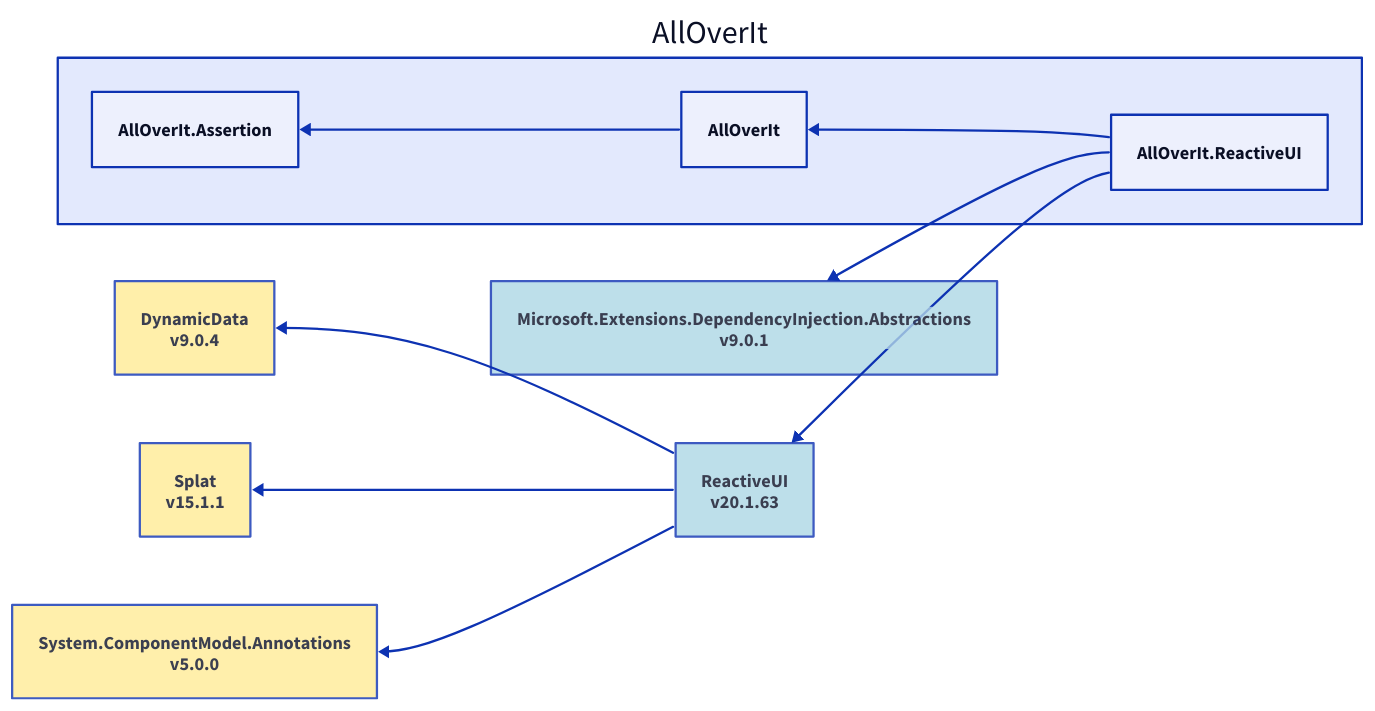
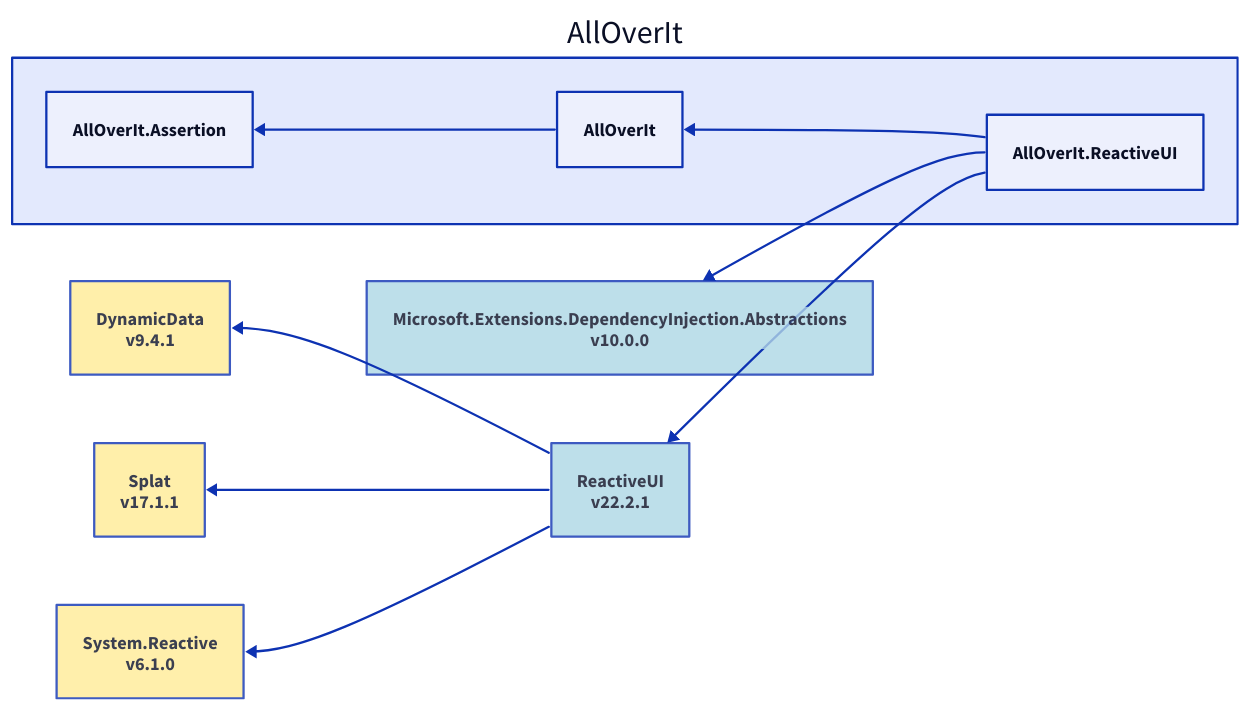
One commit to mjfreelancing/AllOverIt changed the diagram in Docs/Reference/Content/images/dependencies/net9.0/alloverit-reactiveui.d2. Above: the diagram before and after it, drawn with D2. The commit also changed 163 other files, not shown here.

```diff
--- a/Docs/Reference/Content/images/dependencies/net9.0/alloverit-reactiveui.d2
+++ b/Docs/Reference/Content/images/dependencies/net9.0/alloverit-reactiveui.d2
@@ -1,28 +1,28 @@
 direction: left
 
 aoi: AllOverIt
 aoi.alloverit-reactiveui: AllOverIt.ReactiveUI
-microsoft-extensions-dependencyinjection-abstractions_9-0-1: Microsoft.Extensions.DependencyInjection.Abstractions\nv9.0.1
-microsoft-extensions-dependencyinjection-abstractions_9-0-1.style.fill: "#ADD8E6"
-microsoft-extensions-dependencyinjection-abstractions_9-0-1.style.opacity: 0.8
-microsoft-extensions-dependencyinjection-abstractions_9-0-1 <- aoi.alloverit-reactiveui
-reactiveui_20-1-63: ReactiveUI\nv20.1.63
-reactiveui_20-1-63.style.fill: "#ADD8E6"
-reactiveui_20-1-63.style.opacity: 0.8
-dynamicdata_9-0-4: DynamicData\nv9.0.4
-dynamicdata_9-0-4.style.fill: "#FFEC96"
-dynamicdata_9-0-4.style.opacity: 0.8
-dynamicdata_9-0-4 <- reactiveui_20-1-63
-splat_15-1-1: Splat\nv15.1.1
-splat_15-1-1.style.fill: "#FFEC96"
-splat_15-1-1.style.opacity: 0.8
-splat_15-1-1 <- reactiveui_20-1-63
-system-componentmodel-annotations_5-0-0: System.ComponentModel.Annotations\nv5.0.0
-system-componentmodel-annotations_5-0-0.style.fill: "#FFEC96"
-system-componentmodel-annotations_5-0-0.style.opacity: 0.8
-system-componentmodel-annotations_5-0-0 <- reactiveui_20-1-63
-reactiveui_20-1-63 <- aoi.alloverit-reactiveui
+microsoft-extensions-dependencyinjection-abstractions_10-0-0: Microsoft.Extensions.DependencyInjection.Abstractions\nv10.0.0
+microsoft-extensions-dependencyinjection-abstractions_10-0-0.style.fill: "#ADD8E6"
+microsoft-extensions-dependencyinjection-abstractions_10-0-0.style.opacity: 0.8
+microsoft-extensions-dependencyinjection-abstractions_10-0-0 <- aoi.alloverit-reactiveui
+reactiveui_22-2-1: ReactiveUI\nv22.2.1
+reactiveui_22-2-1.style.fill: "#ADD8E6"
+reactiveui_22-2-1.style.opacity: 0.8
+dynamicdata_9-4-1: DynamicData\nv9.4.1
+dynamicdata_9-4-1.style.fill: "#FFEC96"
+dynamicdata_9-4-1.style.opacity: 0.8
+dynamicdata_9-4-1 <- reactiveui_22-2-1
+splat_17-1-1: Splat\nv17.1.1
+splat_17-1-1.style.fill: "#FFEC96"
+splat_17-1-1.style.opacity: 0.8
+splat_17-1-1 <- reactiveui_22-2-1
+system-reactive_6-1-0: System.Reactive\nv6.1.0
+system-reactive_6-1-0.style.fill: "#FFEC96"
+system-reactive_6-1-0.style.opacity: 0.8
+system-reactive_6-1-0 <- reactiveui_22-2-1
+reactiveui_22-2-1 <- aoi.alloverit-reactiveui
 aoi.alloverit: AllOverIt
 aoi.alloverit-assertion: AllOverIt.Assertion
 aoi.alloverit-assertion <- aoi.alloverit
 aoi.alloverit <- aoi.alloverit-reactiveui
```
